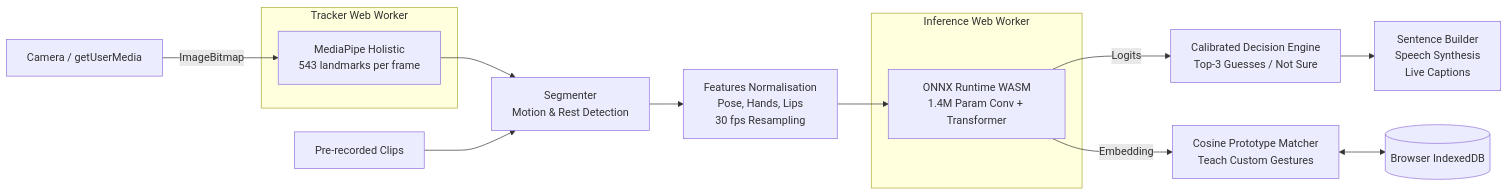
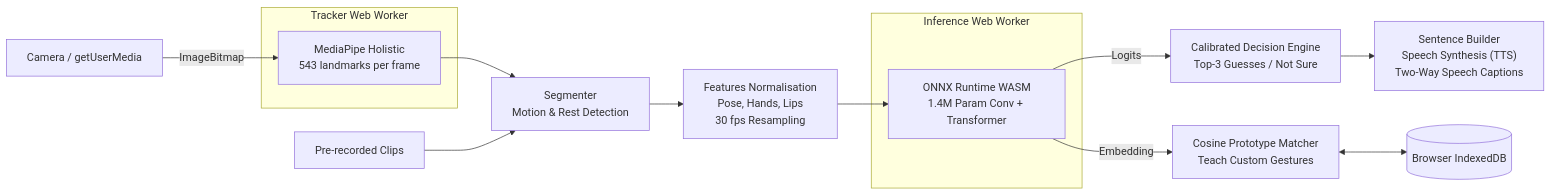
Before and after one commit to okuhle-creator/M-ABLE: the diagram in README.md, drawn with Mermaid. The commit also changed other lines of this file and 11 other files, not shown here.

````diff
--- a/README.md
+++ b/README.md
@@ -35,18 +39,18 @@
 ```mermaid
 flowchart LR
-  cam[Camera / getUserMedia] -->|ImageBitmap| mp
-  subgraph tracker [Tracker Web Worker]
-    mp[MediaPipe Holistic<br/>543 landmarks per frame]
+  cam["Camera / getUserMedia"] -->|ImageBitmap| mp
+  subgraph tracker ["Tracker Web Worker"]
+    mp["MediaPipe Holistic<br/>543 landmarks per frame"]
   end
-  mp --> seg[Segmenter<br/>Motion & Rest Detection]
-  replay[Pre-recorded Clips] --> seg
-  seg --> feat[Features Normalisation<br/>Pose, Hands, Lips<br/>30 fps Resampling]
+  mp --> seg["Segmenter<br/>Motion & Rest Detection"]
+  replay["Pre-recorded Clips"] --> seg
+  seg --> feat["Features Normalisation<br/>Pose, Hands, Lips<br/>30 fps Resampling"]
   feat --> model
-  subgraph inference [Inference Web Worker]
-    model[ONNX Runtime WASM<br/>1.4M Param Conv + Transformer]
+  subgraph inference ["Inference Web Worker"]
+    model["ONNX Runtime WASM<br/>1.4M Param Conv + Transformer"]
   end
-  model -->|Logits| decide[Calibrated Decision Engine<br/>Top-3 Guesses / Not Sure]
-  model -->|Embedding| teach[Cosine Prototype Matcher<br/>Teach Custom Gestures]
-  teach <--> idb[(Browser IndexedDB)]
-  decide --> ui[Sentence Builder<br/>Speech Synthesis<br/>Live Captions]
+  model -->|Logits| decide["Calibrated Decision Engine<br/>Top-3 Guesses / Not Sure"]
+  model -->|Embedding| teach["Cosine Prototype Matcher<br/>Teach Custom Gestures"]
+  teach <--> idb[("Browser IndexedDB")]
+  decide --> ui["Sentence Builder<br/>Speech Synthesis (TTS)<br/>Two-Way Speech Captions"]
 ```
````
